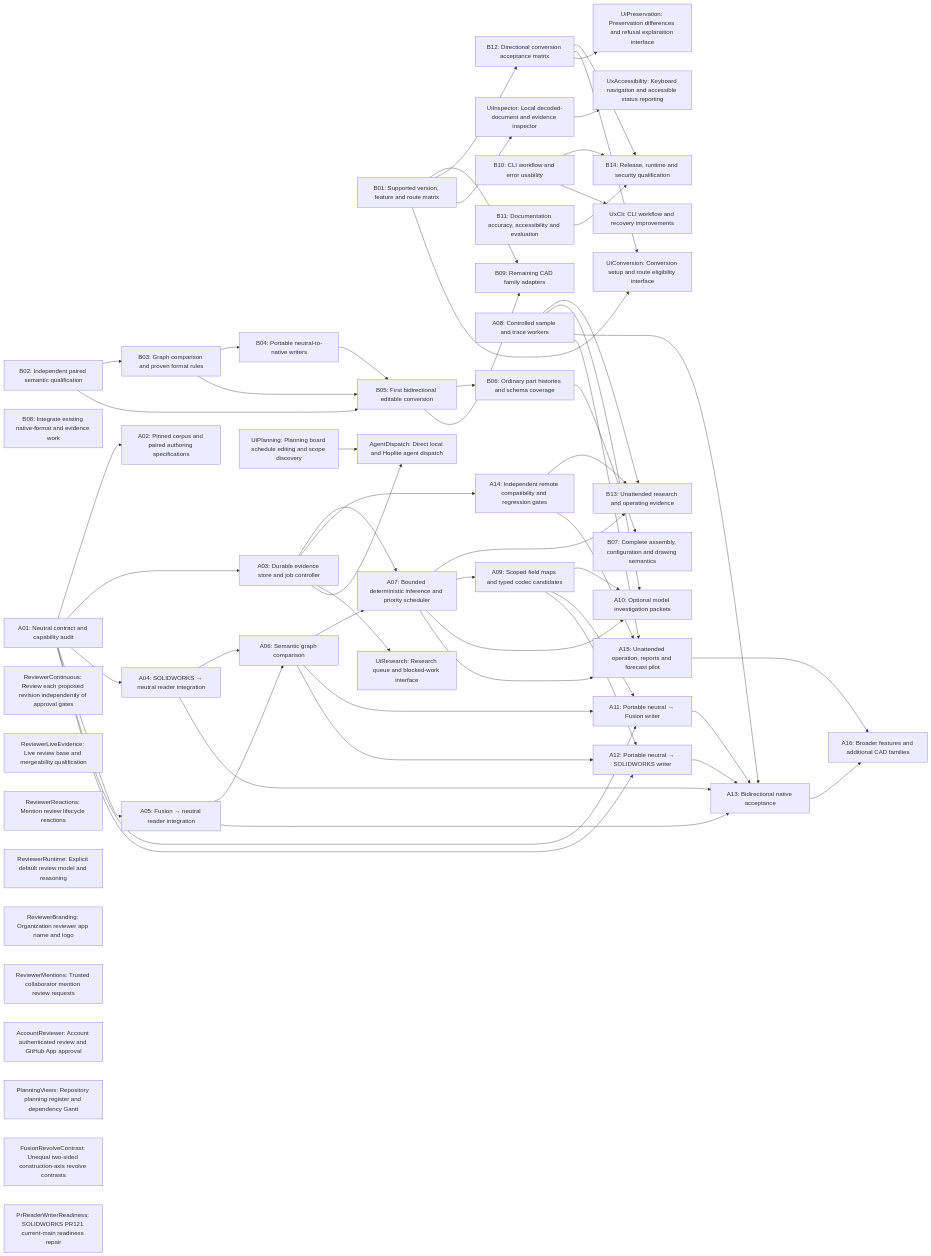
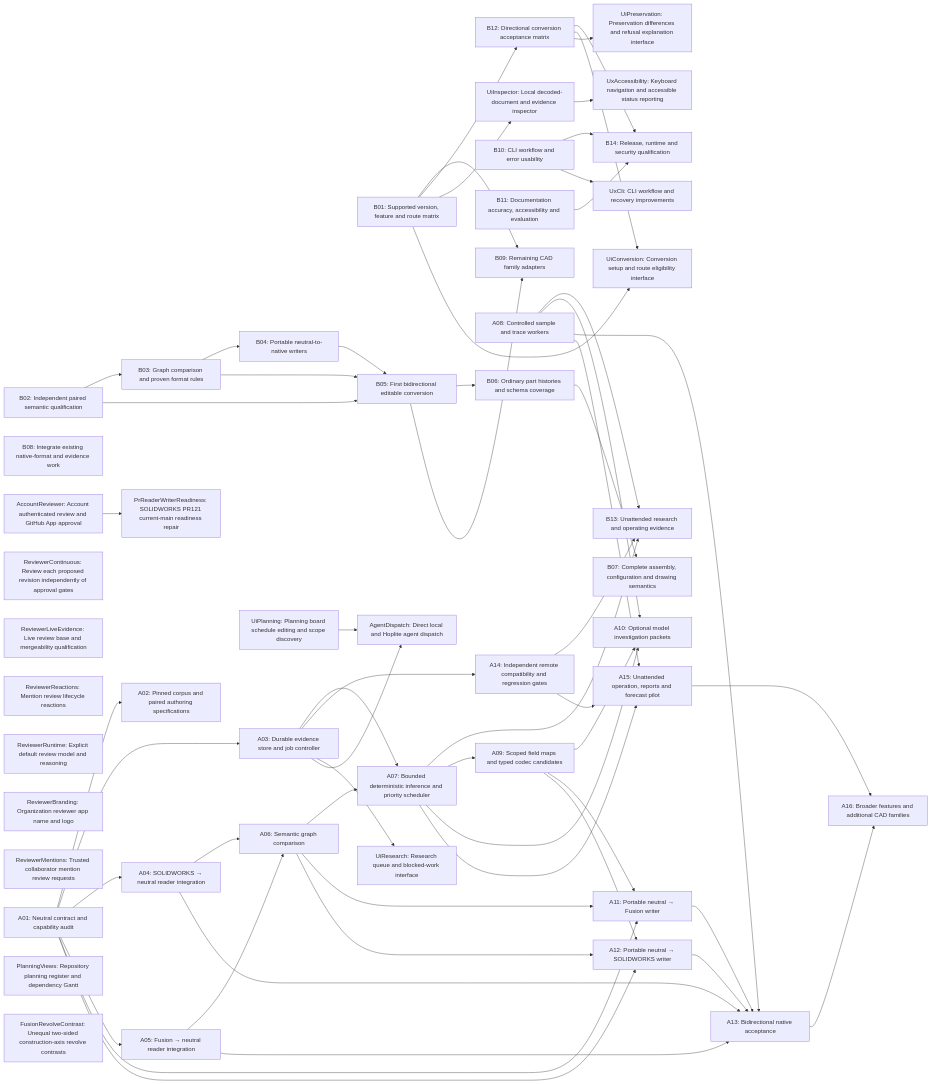
The diagram in Documentation/Planning/Generated/Dependencies.mmd (TryUniCAD/Kit), drawn with Mermaid before and after one commit. The commit also changed 15 other files, not shown here.

```diff
--- a/Documentation/Planning/Generated/Dependencies.mmd
+++ b/Documentation/Planning/Generated/Dependencies.mmd
@@ -1,103 +1,104 @@
 flowchart LR
   B01["B01: Supported version, feature and route matrix"]
   B02["B02: Independent paired semantic qualification"]
   B03["B03: Graph comparison and proven format rules"]
   B02 --> B03
   B04["B04: Portable neutral-to-native writers"]
   B03 --> B04
   B05["B05: First bidirectional editable conversion"]
   B02 --> B05
   B03 --> B05
   B04 --> B05
   B06["B06: Ordinary part histories and schema coverage"]
   B05 --> B06
   B07["B07: Complete assembly, configuration and drawing semantics"]
   B06 --> B07
   B08["B08: Integrate existing native-format and evidence work"]
   B09["B09: Remaining CAD family adapters"]
   B01 --> B09
   B05 --> B09
   B10["B10: CLI workflow and error usability"]
   B11["B11: Documentation accuracy, accessibility and evaluation"]
   B12["B12: Directional conversion acceptance matrix"]
   B01 --> B12
   B13["B13: Unattended research and operating evidence"]
   A07 --> B13
   A08 --> B13
   A14 --> B13
   B14["B14: Release, runtime and security qualification"]
   B10 --> B14
   B11 --> B14
   B12 --> B14
   A01["A01: Neutral contract and capability audit"]
   A02["A02: Pinned corpus and paired authoring specifications"]
   A01 --> A02
   A03["A03: Durable evidence store and job controller"]
   A01 --> A03
   A04["A04: SOLIDWORKS → neutral reader integration"]
   A01 --> A04
   A05["A05: Fusion → neutral reader integration"]
   A01 --> A05
   A06["A06: Semantic graph comparison"]
   A04 --> A06
   A05 --> A06
   A07["A07: Bounded deterministic inference and priority scheduler"]
   A03 --> A07
   A06 --> A07
   A08["A08: Controlled sample and trace workers"]
   A09["A09: Scoped field maps and typed codec candidates"]
   A07 --> A09
   A10["A10: Optional model investigation packets"]
   A07 --> A10
   A08 --> A10
   A09 --> A10
   A11["A11: Portable neutral → Fusion writer"]
   A01 --> A11
   A06 --> A11
   A09 --> A11
   A12["A12: Portable neutral → SOLIDWORKS writer"]
   A01 --> A12
   A06 --> A12
   A09 --> A12
   A13["A13: Bidirectional native acceptance"]
   A04 --> A13
   A05 --> A13
   A08 --> A13
   A11 --> A13
   A12 --> A13
   A14["A14: Independent remote compatibility and regression gates"]
   A03 --> A14
   A15["A15: Unattended operation, reports and forecast pilot"]
   A07 --> A15
   A08 --> A15
   A14 --> A15
   A16["A16: Broader features and additional CAD families"]
   A13 --> A16
   A15 --> A16
   ReviewerContinuous["ReviewerContinuous: Review each proposed revision independently of approval gates"]
   ReviewerLiveEvidence["ReviewerLiveEvidence: Live review base and mergeability qualification"]
   ReviewerReactions["ReviewerReactions: Mention review lifecycle reactions"]
   ReviewerRuntime["ReviewerRuntime: Explicit default review model and reasoning"]
   ReviewerBranding["ReviewerBranding: Organization reviewer app name and logo"]
   ReviewerMentions["ReviewerMentions: Trusted collaborator mention review requests"]
   AccountReviewer["AccountReviewer: Account authenticated review and GitHub App approval"]
   PlanningViews["PlanningViews: Repository planning register and dependency Gantt"]
   FusionRevolveContrast["FusionRevolveContrast: Unequal two-sided construction-axis revolve contrasts"]
   UiInspector["UiInspector: Local decoded-document and evidence inspector"]
   B01 --> UiInspector
   UiConversion["UiConversion: Conversion setup and route eligibility interface"]
   B01 --> UiConversion
   B12 --> UiConversion
   UiPreservation["UiPreservation: Preservation differences and refusal explanation interface"]
   B12 --> UiPreservation
   UiResearch["UiResearch: Research queue and blocked-work interface"]
   A03 --> UiResearch
   UxAccessibility["UxAccessibility: Keyboard navigation and accessible status reporting"]
   UiInspector --> UxAccessibility
   UxCli["UxCli: CLI workflow and recovery improvements"]
   B10 --> UxCli
   UiPlanning["UiPlanning: Planning board schedule editing and scope discovery"]
   AgentDispatch["AgentDispatch: Direct local and Hoplite agent dispatch"]
   A03 --> AgentDispatch
   UiPlanning --> AgentDispatch
   PrReaderWriterReadiness["PrReaderWriterReadiness: SOLIDWORKS PR121 current-main readiness repair"]
+  AccountReviewer --> PrReaderWriterReadiness
```
